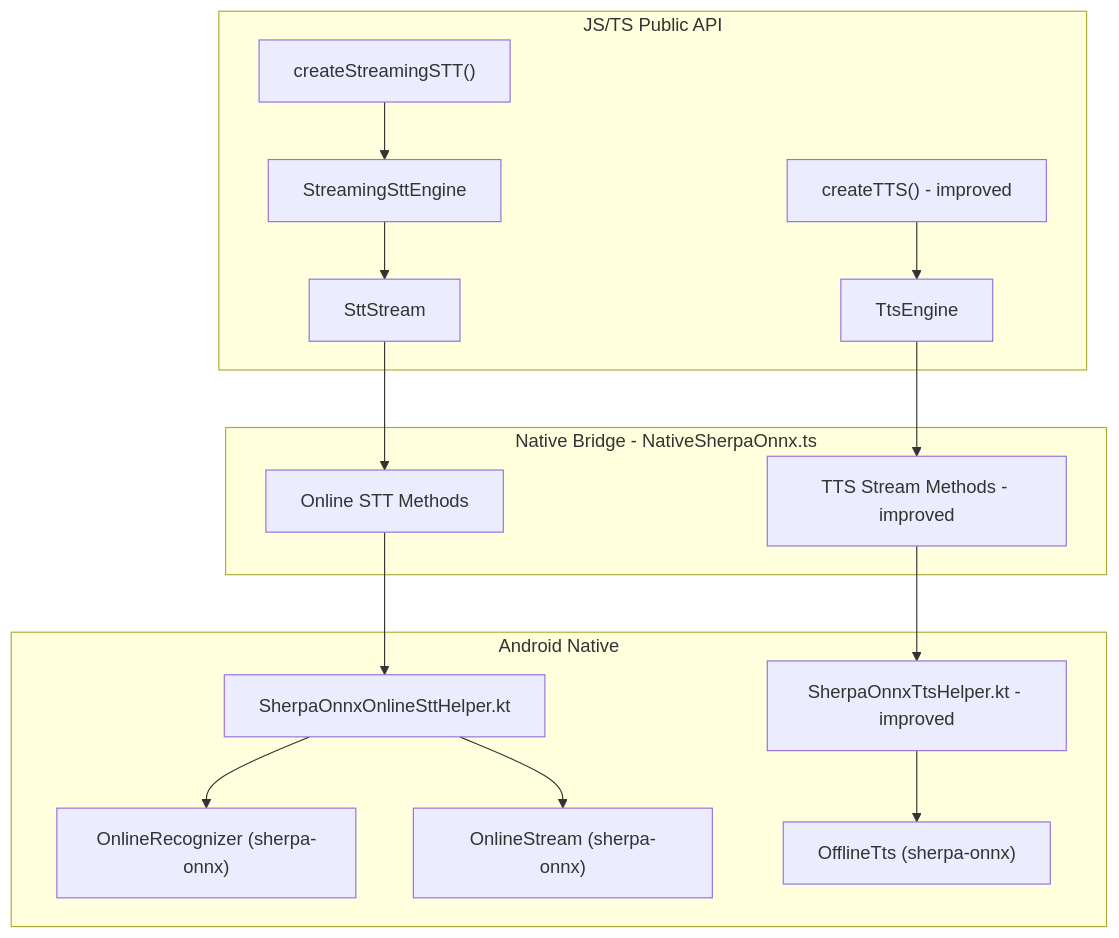
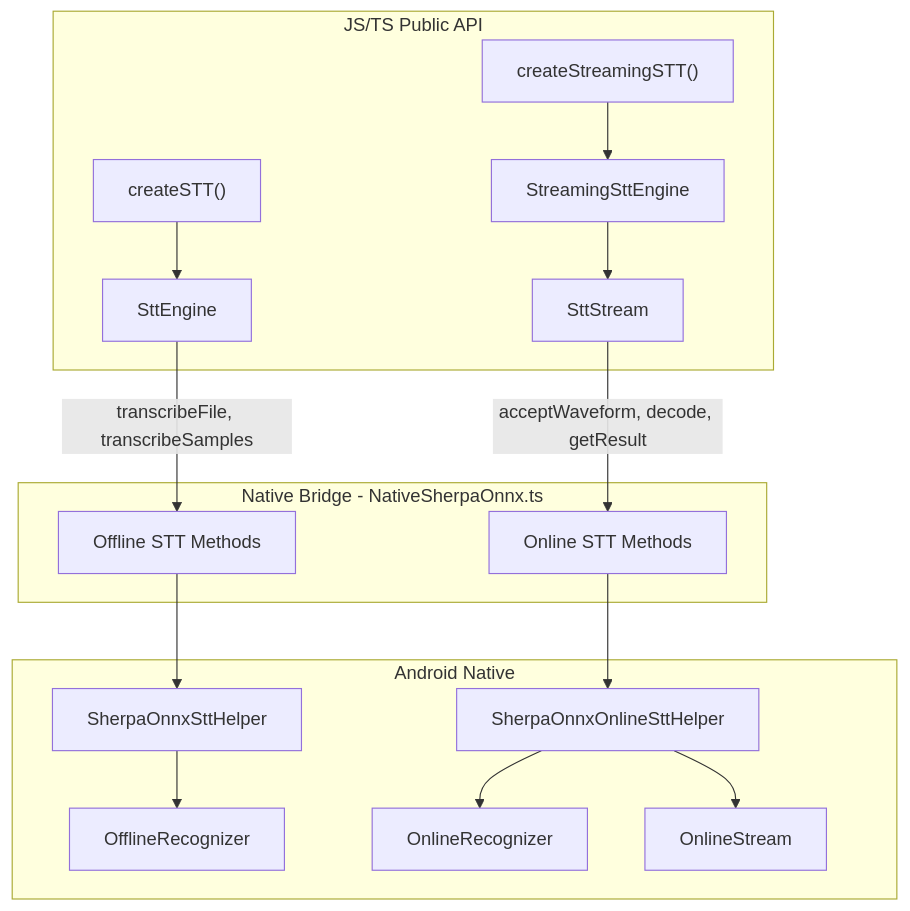
Before and after one commit to XDcobra/react-native-sherpa-onnx: the diagram in docs/stt_streaming.md, drawn with Mermaid. The commit also changed other lines of this file and 2 other files, not shown here.

Commit message:
docs(stt_auto_detect): documented auto detect

````diff
--- a/docs/stt_streaming.md
+++ b/docs/stt_streaming.md
@@ -298,35 +303,35 @@
 ```mermaid
 graph TD
   subgraph jsLayer [JS/TS Public API]
+    createSTT["createSTT()"]
+    SttEngine[SttEngine]
     createStreamingSTT["createStreamingSTT()"]
     StreamingSttEngine[StreamingSttEngine]
     SttStream[SttStream]
-    createTTS["createTTS() - improved"]
-    TtsEngine[TtsEngine]
   end
 
   subgraph bridgeLayer [Native Bridge - NativeSherpaOnnx.ts]
+    OfflineSttMethods["Offline STT Methods"]
     OnlineSttMethods["Online STT Methods"]
-    TtsStreamMethods["TTS Stream Methods - improved"]
   end
 
   subgraph androidLayer [Android Native]
-    OnlineSttHelper[SherpaOnnxOnlineSttHelper.kt]
-    TtsHelper[SherpaOnnxTtsHelper.kt - improved]
-    OnlineRecognizer["OnlineRecognizer (sherpa-onnx)"]
-    OnlineStreamNative["OnlineStream (sherpa-onnx)"]
-    OfflineTts["OfflineTts (sherpa-onnx)"]
+    SttHelper["SherpaOnnxSttHelper"]
+    OnlineSttHelper["SherpaOnnxOnlineSttHelper"]
+    OfflineRecognizer["OfflineRecognizer"]
+    OnlineRecognizer["OnlineRecognizer"]
+    OnlineStreamNative["OnlineStream"]
   end
+
+  createSTT --> SttEngine
+  SttEngine -->|"transcribeFile, transcribeSamples"| OfflineSttMethods
+  OfflineSttMethods --> SttHelper
+  SttHelper --> OfflineRecognizer
 
   createStreamingSTT --> StreamingSttEngine
   StreamingSttEngine --> SttStream
-  SttStream --> OnlineSttMethods
+  SttStream -->|"acceptWaveform, decode, getResult"| OnlineSttMethods
   OnlineSttMethods --> OnlineSttHelper
   OnlineSttHelper --> OnlineRecognizer
   OnlineSttHelper --> OnlineStreamNative
-
-  createTTS --> TtsEngine
-  TtsEngine --> TtsStreamMethods
-  TtsStreamMethods --> TtsHelper
-  TtsHelper --> OfflineTts
 ```
````
